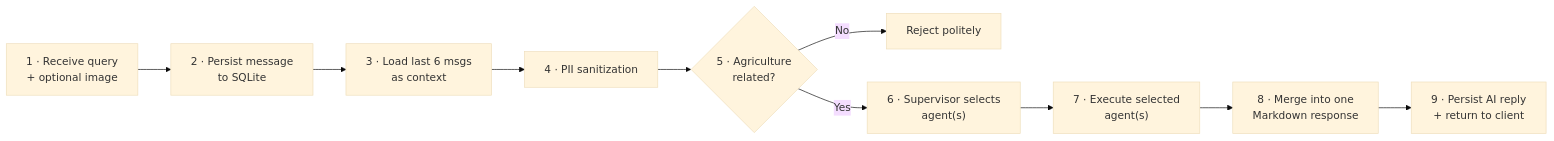
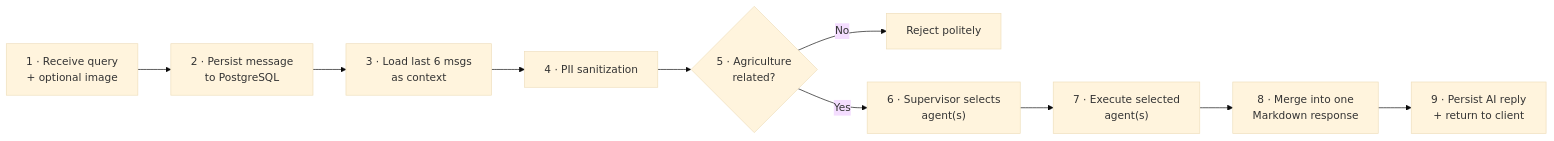
One commit to mithun24112005/agri_agent_backend changed the second of 2 diagrams in agent_backend/README.md. Above: the diagram before and after it, drawn with Mermaid (base theme). The commit also changed other lines of this file and 33 other files, not shown here.

First line of the commit message:
feat(postgres): complete migration to PostgreSQL, remove SQLite backups, and harden multi-agent runtime

````diff
--- a/agent_backend/README.md
+++ b/agent_backend/README.md
@@ -138,12 +138,12 @@
 ```mermaid
 flowchart LR
-    A["1 · Receive query<br/>+ optional image"] --> B["2 · Persist message<br/>to SQLite"]
+    A["1 · Receive query<br/>+ optional image"] --> B["2 · Persist message<br/>to PostgreSQL"]
     B --> C["3 · Load last 6 msgs<br/>as context"]
     C --> D["4 · PII sanitization"]
     D --> E{"5 · Agriculture<br/>related?"}
     E -->|No| R["Reject politely"]
     E -->|Yes| F["6 · Supervisor selects<br/>agent(s)"]
     F --> G["7 · Execute selected<br/>agent(s)"]
     G --> H["8 · Merge into one<br/>Markdown response"]
     H --> I["9 · Persist AI reply<br/>+ return to client"]
 ```
````
